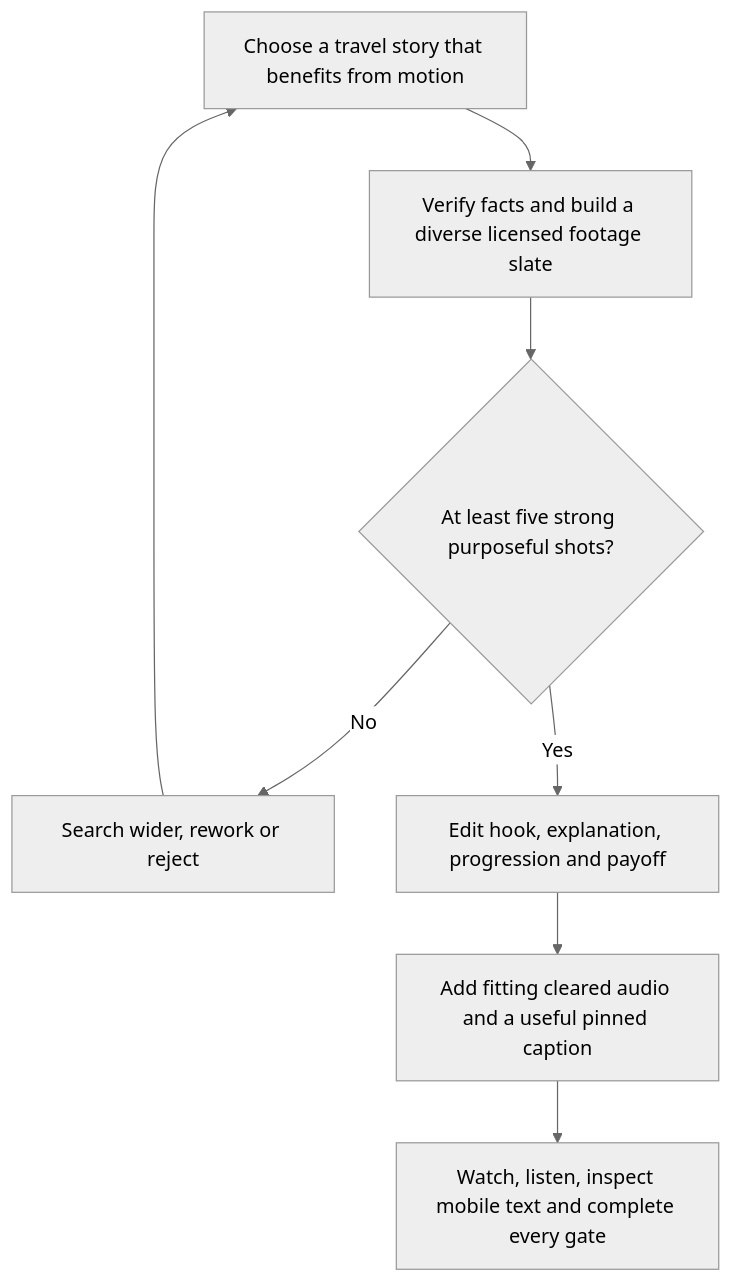
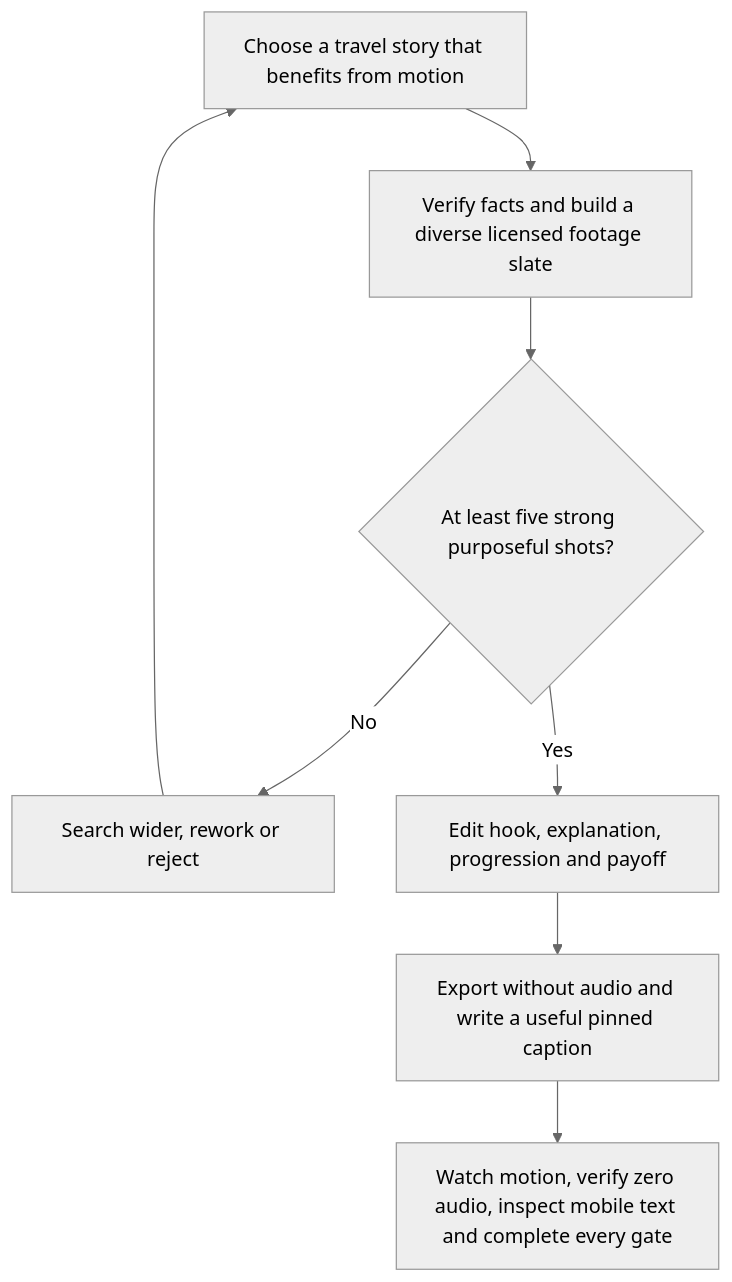
Before and after one commit to benbarraclough/yourtravelatlas-media: the fourth of 5 diagrams in CONTENT_PROCESS.md, drawn with Mermaid (neutral theme). The commit also changed other lines of this file and 8 other files, not shown here.

````diff
--- a/CONTENT_PROCESS.md
+++ b/CONTENT_PROCESS.md
@@ -87,10 +81,10 @@
 ```mermaid
 flowchart TD
     A["Choose a travel story that benefits from motion"] --> B["Verify facts and build a diverse licensed footage slate"]
     B --> C{"At least five strong purposeful shots?"}
     C -->|"No"| D["Search wider, rework or reject"]
     D --> A
     C -->|"Yes"| E["Edit hook, explanation, progression and payoff"]
-    E --> F["Add fitting cleared audio and a useful pinned caption"]
-    F --> G["Watch, listen, inspect mobile text and complete every gate"]
+    E --> F["Export without audio and write a useful pinned caption"]
+    F --> G["Watch motion, verify zero audio, inspect mobile text and complete every gate"]
 ```
````
